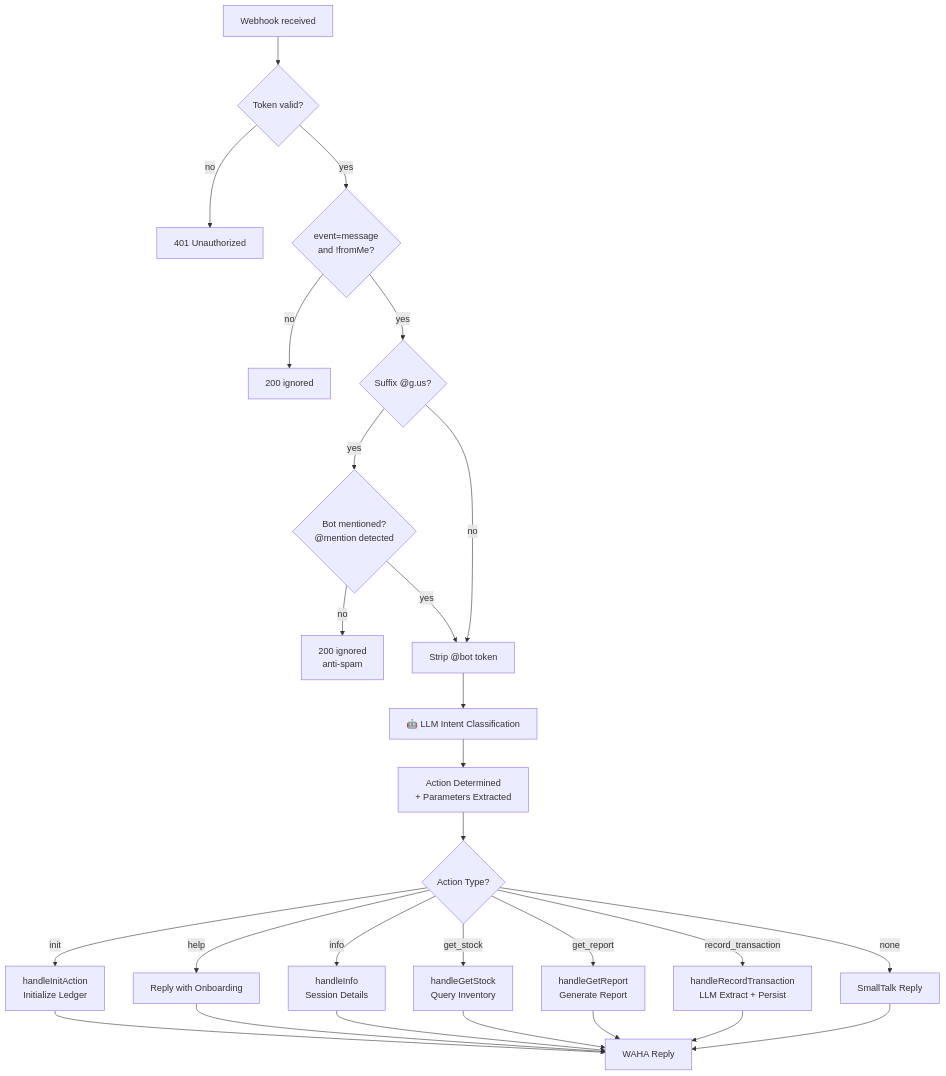
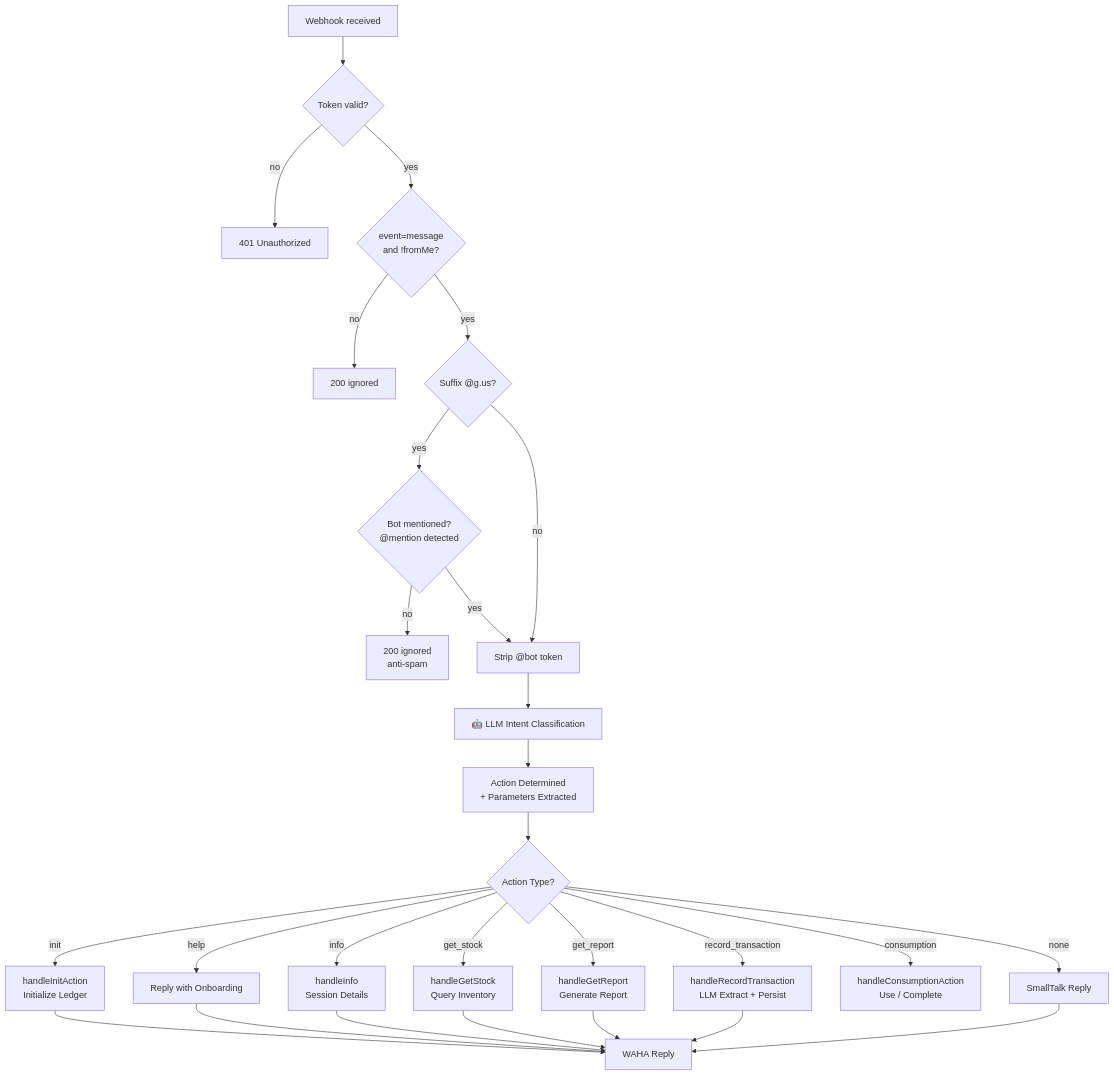
One commit to skyapps-id/smart-ledger-agent changed the third of 5 diagrams in README.md. Above: the diagram before and after it, drawn with Mermaid. The commit also changed other lines of this file and 11 other files, not shown here.

````diff
--- a/README.md
+++ b/README.md
@@ -69,29 +70,30 @@
 ```mermaid
 flowchart TD
     A[Webhook received] --> B{Token valid?}
     B -- no --> X1[401 Unauthorized]
     B -- yes --> C{event=message<br/>and !fromMe?}
     C -- no --> X2[200 ignored]
     C -- yes --> D{Suffix @g.us?}
     D -- yes --> E{Bot mentioned?<br/>@mention detected}
     E -- no --> X3[200 ignored<br/>anti-spam]
     E -- yes --> F[Strip @bot token]
     D -- no --> F
     F --> G[🤖 LLM Intent Classification]
     G --> H[Action Determined<br/>+ Parameters Extracted]
     H --> I{Action Type?}
     I -- init --> J[handleInitAction<br/>Initialize Ledger]
     I -- help --> K[Reply with Onboarding]
     I -- info --> L[handleInfo<br/>Session Details]
     I -- get_stock --> M[handleGetStock<br/>Query Inventory]
     I -- get_report --> N[handleGetReport<br/>Generate Report]
     I -- record_transaction --> O[handleRecordTransaction<br/>LLM Extract + Persist]
+    I -- consumption --> R[handleConsumptionAction<br/>Use / Complete]
     I -- none --> P[SmallTalk Reply]
     J --> Q[WAHA Reply]
     K --> Q
     L --> Q
     M --> Q
     N --> Q
     O --> Q
     P --> Q
 ```
````
